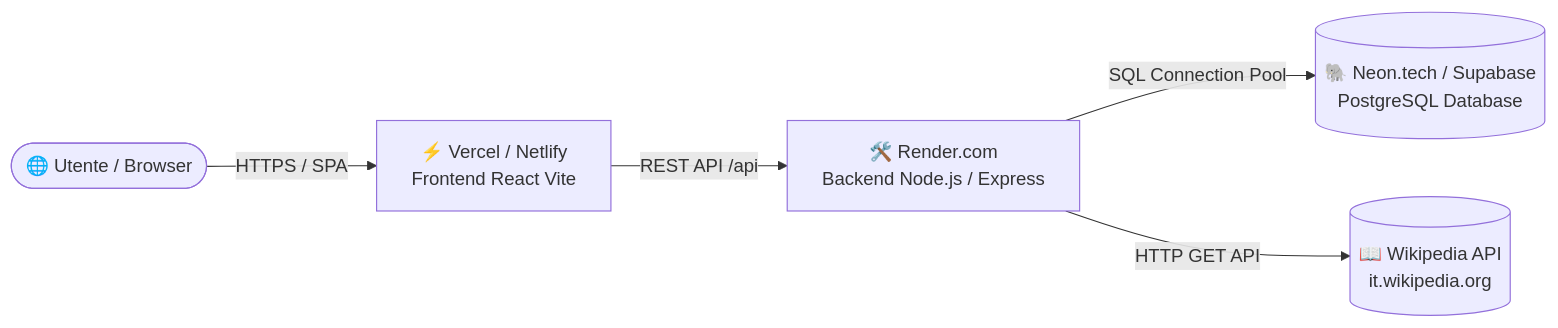
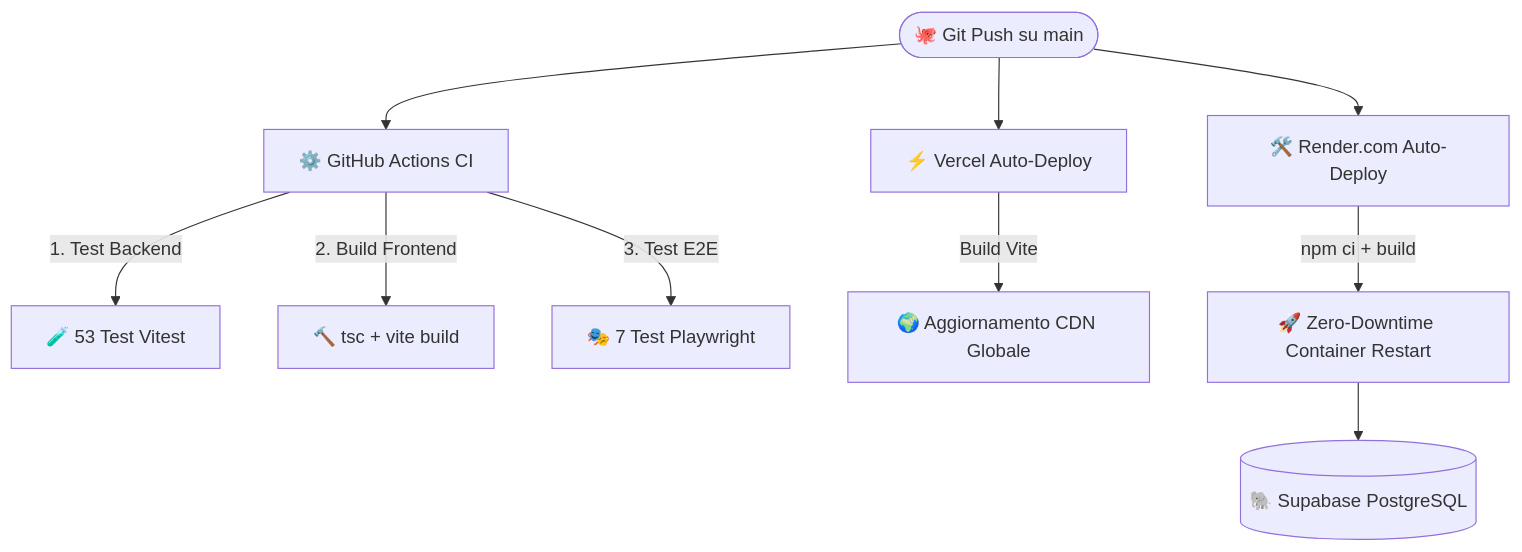
One commit to LucaBarrella/RoadToUnina changed the diagram in DEPLOYMENT.md. Above: the diagram before and after it, drawn with Mermaid. The commit also changed other lines of this file and 4 other files, not shown here.

Commit message:
docs: update README, DEPLOYMENT and add GitHub Actions CI/CD pipeline

````diff
--- a/DEPLOYMENT.md
+++ b/DEPLOYMENT.md
@@ -9,7 +29,14 @@
 ```mermaid
-graph LR
-    User([🌐 Utente / Browser]) -->|HTTPS / SPA| Vercel[⚡ Vercel / Netlify<br/>Frontend React Vite]
-    Vercel -->|REST API /api| Render[🛠️ Render.com<br/>Backend Node.js / Express]
-    Render -->|SQL Connection Pool| Neon[(🐘 Neon.tech / Supabase<br/>PostgreSQL Database)]
-    Render -->|HTTP GET API| Wiki[(📖 Wikipedia API<br/>it.wikipedia.org)]
+graph TD
+    Push([🐙 Git Push su main]) --> GHA[⚙️ GitHub Actions CI]
+    Push --> Vercel[⚡ Vercel Auto-Deploy]
+    Push --> Render[🛠️ Render.com Auto-Deploy]
+
+    GHA -->|1. Test Backend| Vitest[🧪 53 Test Vitest]
+    GHA -->|2. Build Frontend| ViteBuild[🔨 tsc + vite build]
+    GHA -->|3. Test E2E| Playwright[🎭 7 Test Playwright]
+
+    Vercel -->|Build Vite| CDN[🌍 Aggiornamento CDN Globale]
+    Render -->|npm ci + build| App[🚀 Zero-Downtime Container Restart]
+    App --> Supabase[(🐘 Supabase PostgreSQL)]
 ```
````
